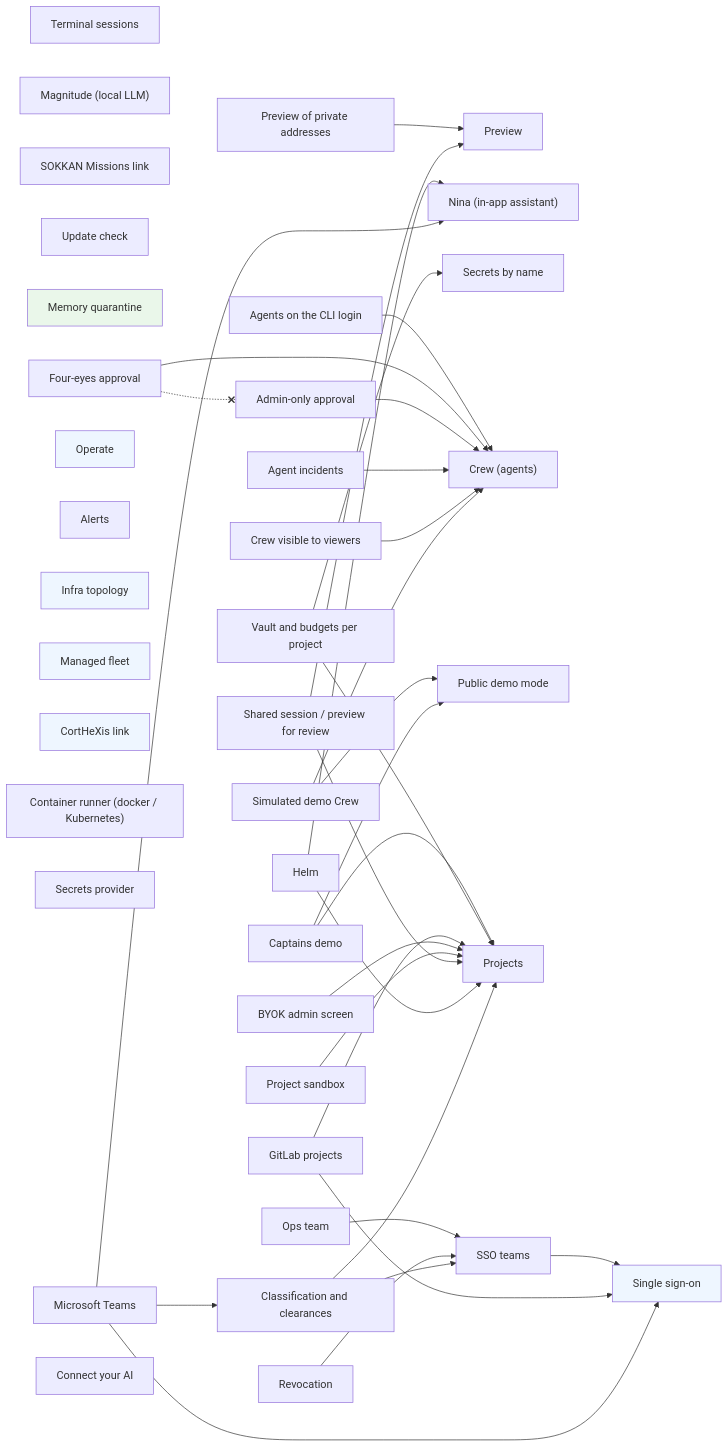
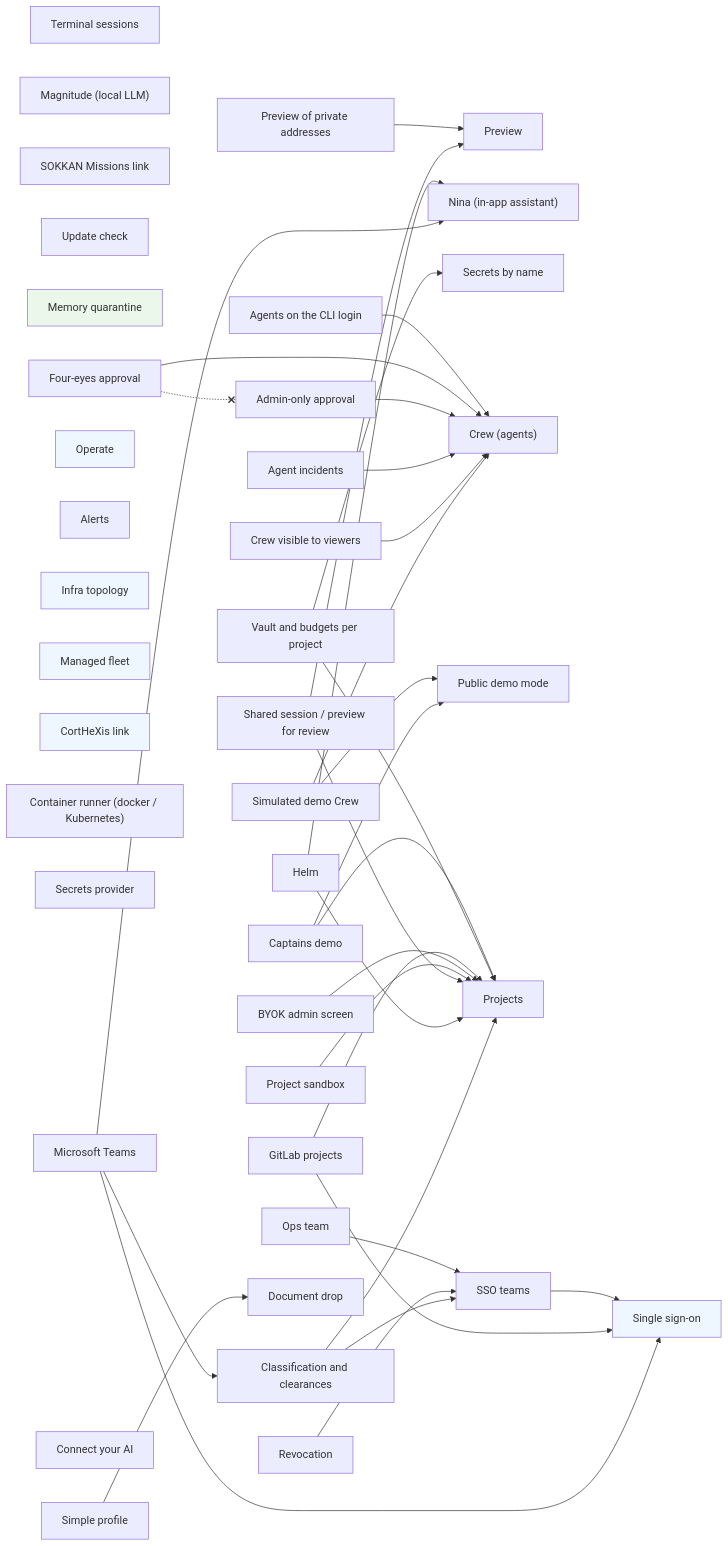
One commit to ninabot-ch/sokkan changed the diagram in docs/enterprise/FEATURES.md. Above: the diagram before and after it, drawn with Mermaid. The commit also changed other lines of this file and 16 other files, not shown here.

````diff
--- a/docs/enterprise/FEATURES.md
+++ b/docs/enterprise/FEATURES.md
@@ -63,76 +65,79 @@
 ```mermaid
 graph LR
   tmux["Terminal sessions"]
   preview["Preview"]
   preview_private_targets["Preview of private addresses"]
   magnitude["Magnitude (local LLM)"]
   assistant["Nina (in-app assistant)"]
   missions_link["SOKKAN Missions link"]
   update_check["Update check"]
   named_secrets["Secrets by name"]
   memory_quarantine["Memory quarantine"]
   agents["Crew (agents)"]
   agents_cli_login["Agents on the CLI login"]
   four_eyes["Four-eyes approval"]
   admin_approval["Admin-only approval"]
   agent_incidents["Agent incidents"]
   crew_viewer_readonly["Crew visible to viewers"]
   demo_banner["Public demo mode"]
   demo_crew["Simulated demo Crew"]
   demo_captains["Captains demo"]
   sso["Single sign-on"]
   multi_project["Projects"]
   sso_teams["SSO teams"]
   operate["Operate"]
   alerting["Alerts"]
   ops_team["Ops team"]
   infra["Infra topology"]
   fleet["Managed fleet"]
   cortex["CortHeXis link"]
   kubernetes_runner["Container runner (docker / Kubernetes)"]
   project_vault_budgets["Vault and budgets per project"]
   gitlab["GitLab projects"]
   revocation["Revocation"]
   byok_admin["BYOK admin screen"]
   secrets_provider["Secrets provider"]
   sandbox["Project sandbox"]
   shared_review["Shared session / preview for review"]
   helm["Helm"]
   classification["Classification and clearances"]
   teams["Microsoft Teams"]
   connect_ai["Connect your AI"]
+  documents["Document drop"]
+  simple_profile["Simple profile"]
   preview_private_targets --> preview
   agents_cli_login --> agents
   four_eyes --> agents
   admin_approval --> agents
   agent_incidents --> agents
   crew_viewer_readonly --> agents
   demo_crew --> agents
   demo_crew --> demo_banner
   demo_captains --> demo_banner
   demo_captains --> multi_project
   sso_teams --> sso
   ops_team --> sso_teams
   project_vault_budgets --> multi_project
   project_vault_budgets --> named_secrets
   gitlab --> multi_project
   gitlab --> sso
   revocation --> sso_teams
   byok_admin --> multi_project
   sandbox --> multi_project
   shared_review --> preview
   shared_review --> multi_project
   helm --> multi_project
   helm --> assistant
   classification --> multi_project
   classification --> sso_teams
   teams --> assistant
   teams --> classification
   teams --> sso
+  simple_profile --> documents
   four_eyes -.-x admin_approval
   classDef planned stroke-dasharray: 5 5,color:#888;
   classDef integration fill:#eef6ff;
   classDef invariant fill:#eaf7ea;
   class sso,operate,infra,fleet,cortex integration;
   class memory_quarantine invariant;
 ```
````
